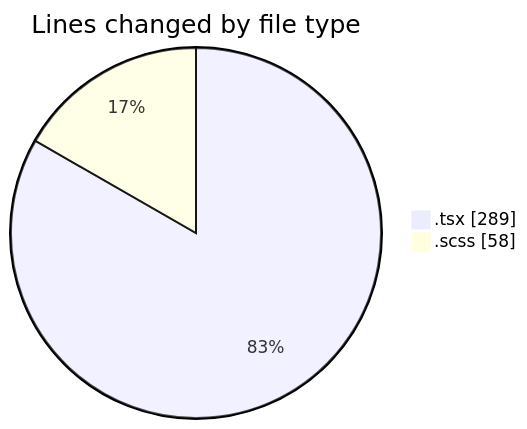
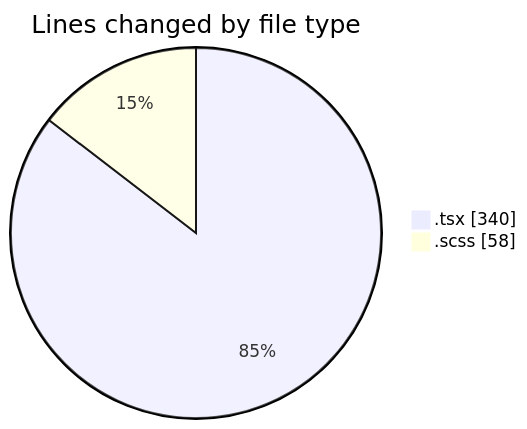
The first of 2 diagrams in 2026-10-05/cda/README.md (momahboobian/code-tracking), drawn with Mermaid before and after one commit. The commit also changed other lines of this file and 1 other file, not shown here.

````diff
--- a/2026-10-05/cda/README.md
+++ b/2026-10-05/cda/README.md
@@ -22,6 +23,6 @@
 ```mermaid
 pie showData
 title Lines changed by file type
-".tsx" : 289
+".tsx" : 340
 ".scss" : 58
 ```
````
